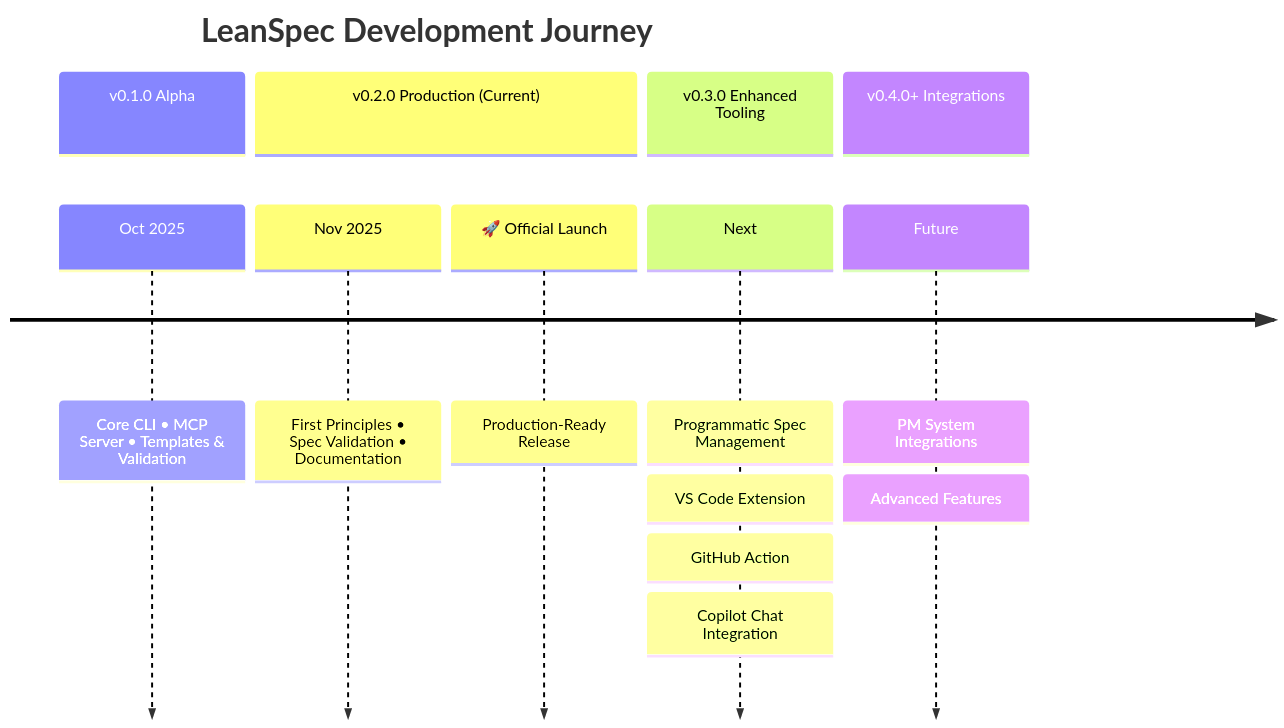
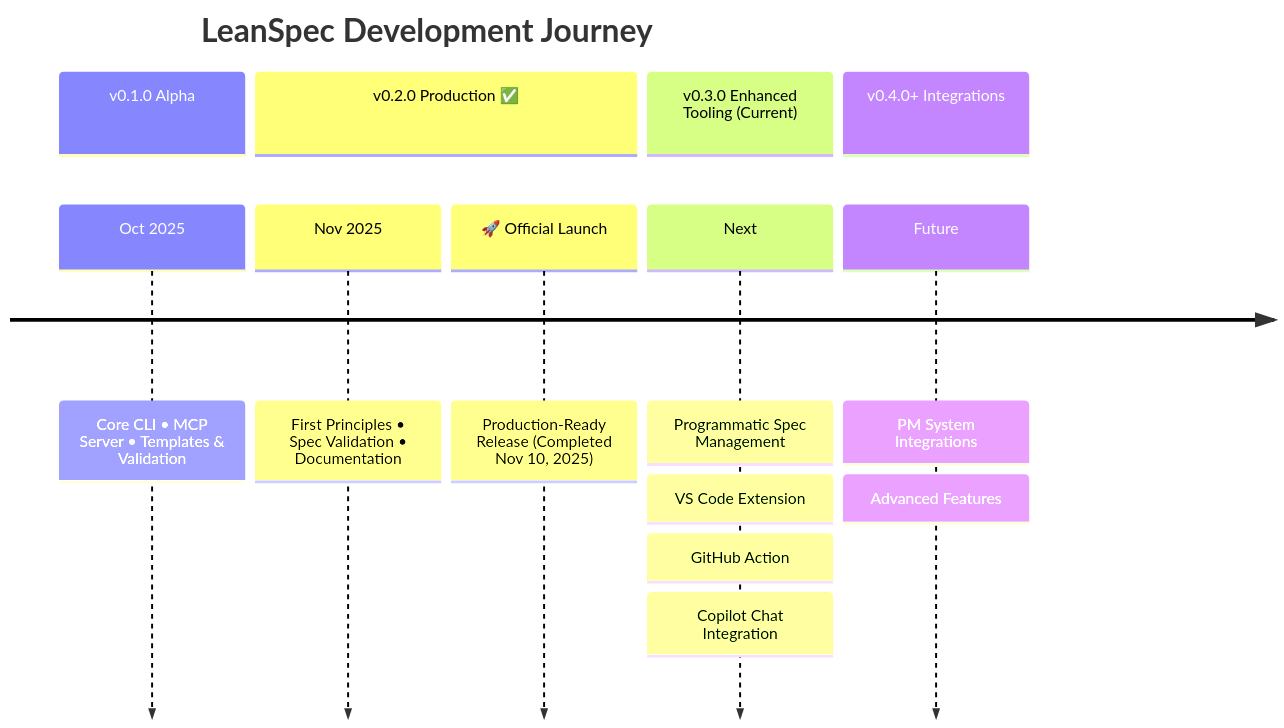
Before and after one commit to codervisor/lean-spec: the first of 2 diagrams in docs-site/docs/roadmap.mdx, drawn with Mermaid. The commit also changed other lines of this file and 9 other files, not shown here.

Commit message:
Archive 6 completed v0.2 specs and update roadmap to reflect launch completion

````diff
--- a/docs-site/docs/roadmap.mdx
+++ b/docs-site/docs/roadmap.mdx
@@ -19,17 +19,17 @@
 ```mermaid
 timeline
     title LeanSpec Development Journey
     section v0.1.0 Alpha
         Oct 2025 : Core CLI • MCP Server • Templates & Validation
-    section v0.2.0 Production (Current)
+    section v0.2.0 Production ✅
         Nov 2025 : First Principles • Spec Validation • Documentation
-        🚀 Official Launch : Production-Ready Release
-    section v0.3.0 Enhanced Tooling
+        🚀 Official Launch : Production-Ready Release (Completed Nov 10, 2025)
+    section v0.3.0 Enhanced Tooling (Current)
         Next : Programmatic Spec Management
              : VS Code Extension
              : GitHub Action
              : Copilot Chat Integration
     section v0.4.0+ Integrations
         Future : PM System Integrations
                : Advanced Features
 ```
````
